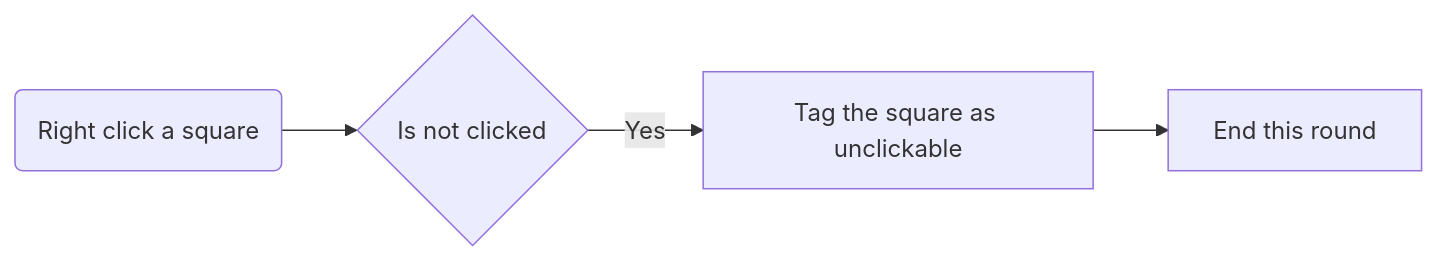
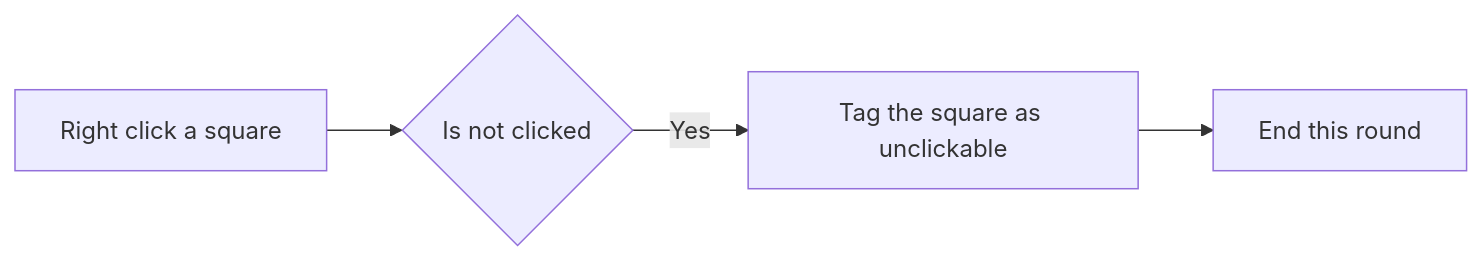
Before and after one commit to yvonne11yuting/next-minesweeper: the third of 4 diagrams in docs/flow.md, drawn with Mermaid. The commit also changed other lines of this file, not shown here.

Commit message:
docs(flow): fix incorrect brackets

````diff
--- a/docs/flow.md
+++ b/docs/flow.md
@@ -38,5 +38,5 @@
 ```mermaid
 flowchart LR
-    event(Right click a square) --> checkState{Is not clicked}
+    event[Right click a square] --> checkState{Is not clicked}
     checkState --> |Yes| tagSquare[Tag the square as unclickable] --> endRound[End this round]
 ```
````
